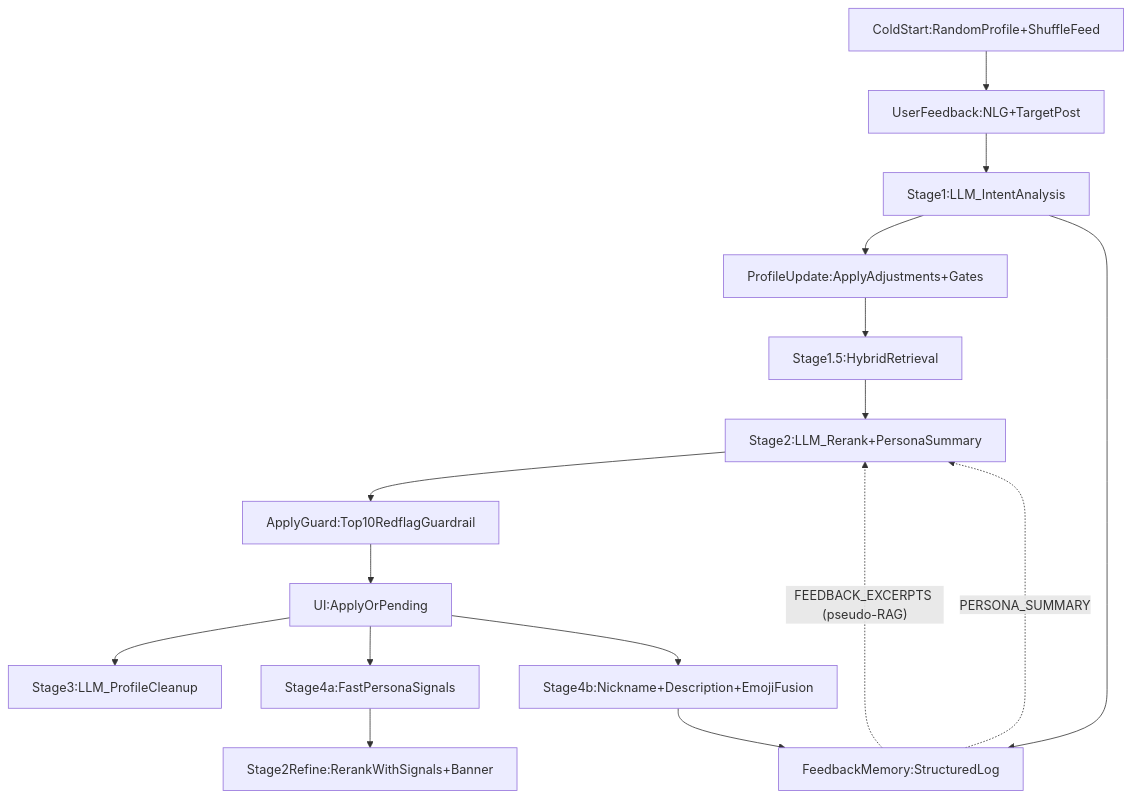
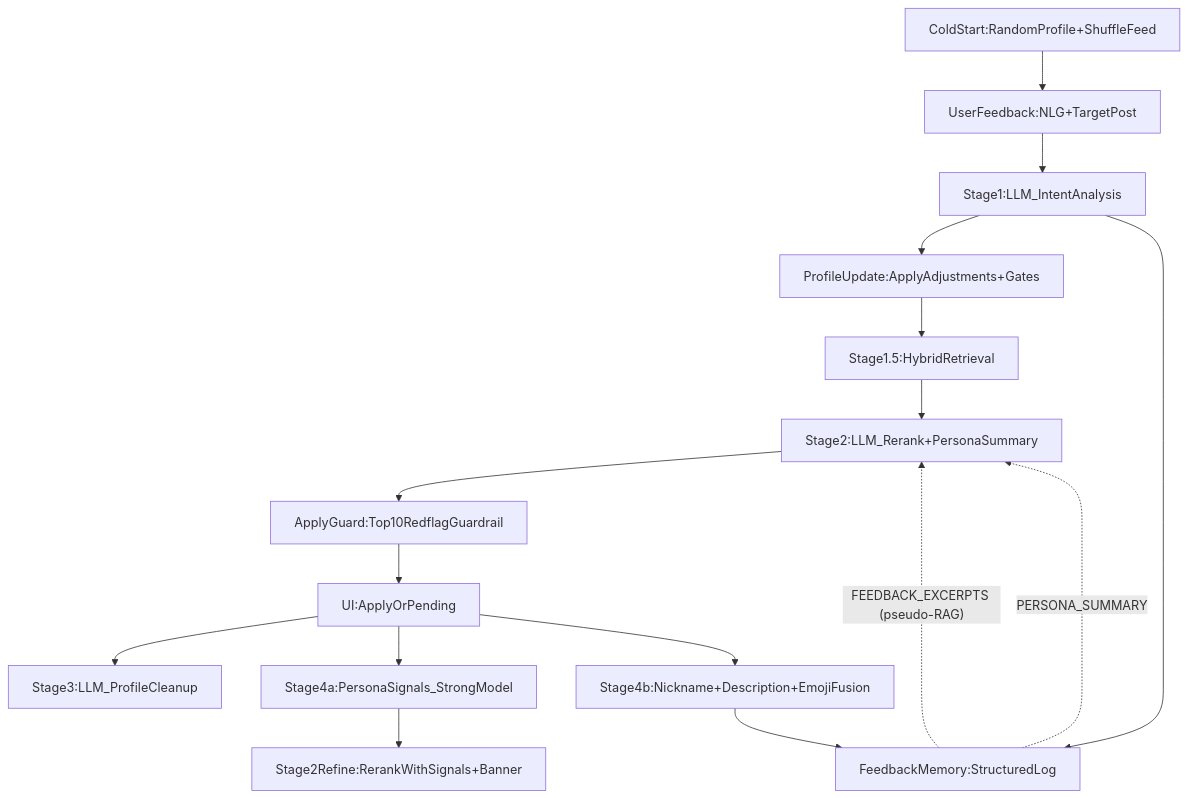
Before and after one commit to TanChuping/LLM-Feedback-SocialMediaPushSystem: the diagram in README.md, drawn with Mermaid. The commit also changed other lines of this file and 4 other files, not shown here.

````diff
--- a/README.md
+++ b/README.md
@@ -40,18 +40,18 @@
 ```mermaid
 flowchart TD
   ColdStart[ColdStart:RandomProfile+ShuffleFeed] --> Feedback[UserFeedback:NLG+TargetPost]
   Feedback --> Stage1[Stage1:LLM_IntentAnalysis]
   Stage1 --> ProfileUpdate[ProfileUpdate:ApplyAdjustments+Gates]
   Stage1 --> FeedbackMem[FeedbackMemory:StructuredLog]
   ProfileUpdate --> Stage15[Stage1.5:HybridRetrieval]
   Stage15 --> Stage2[Stage2:LLM_Rerank+PersonaSummary]
   Stage2 --> ApplyGuard[ApplyGuard:Top10RedflagGuardrail]
   ApplyGuard --> UIApply[UI:ApplyOrPending]
   UIApply --> Stage3[Stage3:LLM_ProfileCleanup]
-  UIApply --> Stage4a[Stage4a:FastPersonaSignals]
+  UIApply --> Stage4a[Stage4a:PersonaSignals_StrongModel]
   Stage4a --> Stage2Refine[Stage2Refine:RerankWithSignals+Banner]
   UIApply --> Stage4b[Stage4b:Nickname+Description+EmojiFusion]
   Stage4b --> FeedbackMem
   FeedbackMem -.->|"FEEDBACK_EXCERPTS (pseudo-RAG)"| Stage2
   FeedbackMem -.->|PERSONA_SUMMARY| Stage2
 ```
````
